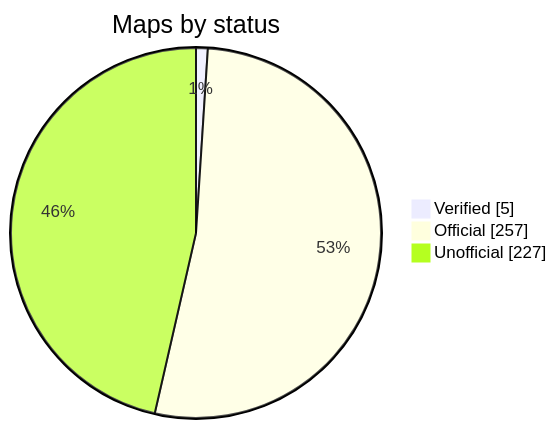
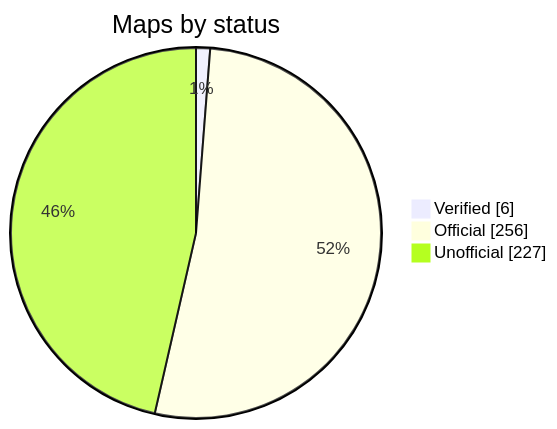
Before and after one commit to nobrega8/mbmap-library: the diagram in README.md, drawn with Mermaid. The commit also changed 2 other files, not shown here.

Commit message:
Carlo Gavazzi EM530/EM540: add the 0x7FFFFFFF sentinel (not available / overflow) (#60)
* Carlo Gavazzi EM530/EM540: add the 0x7FFFFFFF sentinel (not available / overflow)

A device with no load or no completed demand period answers 0x7FFFFFFF in the DMD and current THD registers, which showed as 214748364.7. Found while testing an EM530 X (firmware 1.3.3).

* Carlo Gavazzi EM530/EM540: mark as verified on an EM530DINAV53XS1X

Add the full product code to models and the tested firmware (1.3.3). The note lists what was and was not exercised.

````diff
--- a/README.md
+++ b/README.md
@@ -48,7 +48,7 @@
 ```mermaid
 pie showData
     title Maps by status
-    "Verified" : 5
-    "Official" : 257
+    "Verified" : 6
+    "Official" : 256
     "Unofficial" : 227
 ```
````
